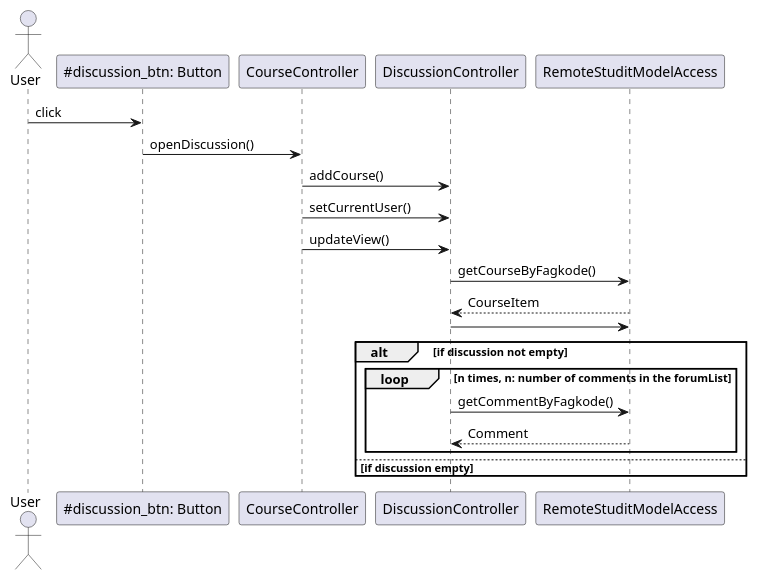
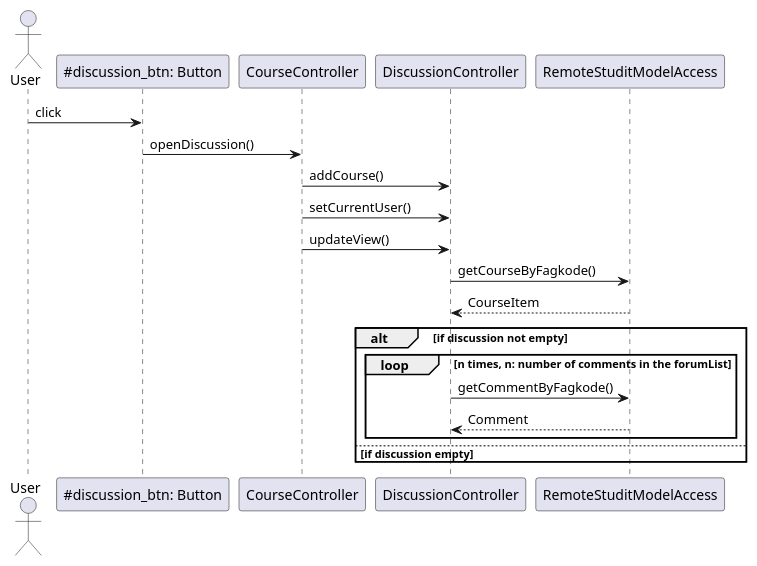
The diagram in StudIt/fxui/sequencediagram.puml (hakonbjork/StudIt), drawn with PlantUML before and after one commit.

```diff
--- a/StudIt/fxui/sequencediagram.puml
+++ b/StudIt/fxui/sequencediagram.puml
@@ -1,30 +1,28 @@
 @startuml
 actor User
 User -> "~#discussion_btn: Button" as openDiscussion: click
 
 openDiscussion -> CourseController: openDiscussion()
 
 CourseController -> DiscussionController: addCourse()
 CourseController -> DiscussionController: setCurrentUser()
 CourseController -> DiscussionController: updateView()
 
 DiscussionController -> RemoteStuditModelAccess: getCourseByFagkode()
 RemoteStuditModelAccess --> DiscussionController: CourseItem
-
-DiscussionController -> RemoteStuditModelAccess: 
 
 
 alt if discussion not empty
 
     loop n times, n: number of comments in the forumList
         DiscussionController -> RemoteStuditModelAccess: getCommentByFagkode()
         RemoteStuditModelAccess --> DiscussionController: Comment
     end
 
 else if discussion empty
     end
 
 
 
 
 @enduml
```
